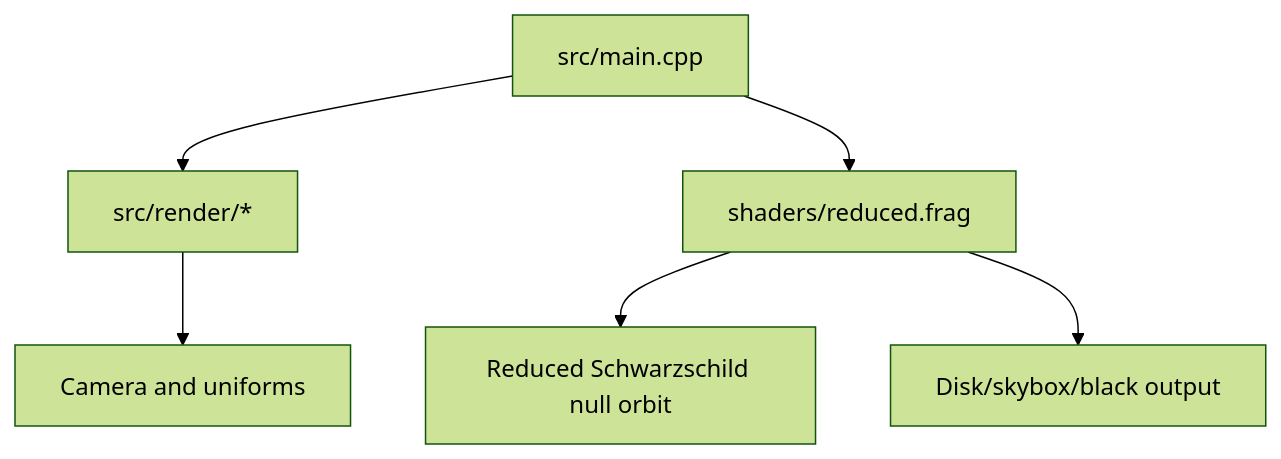
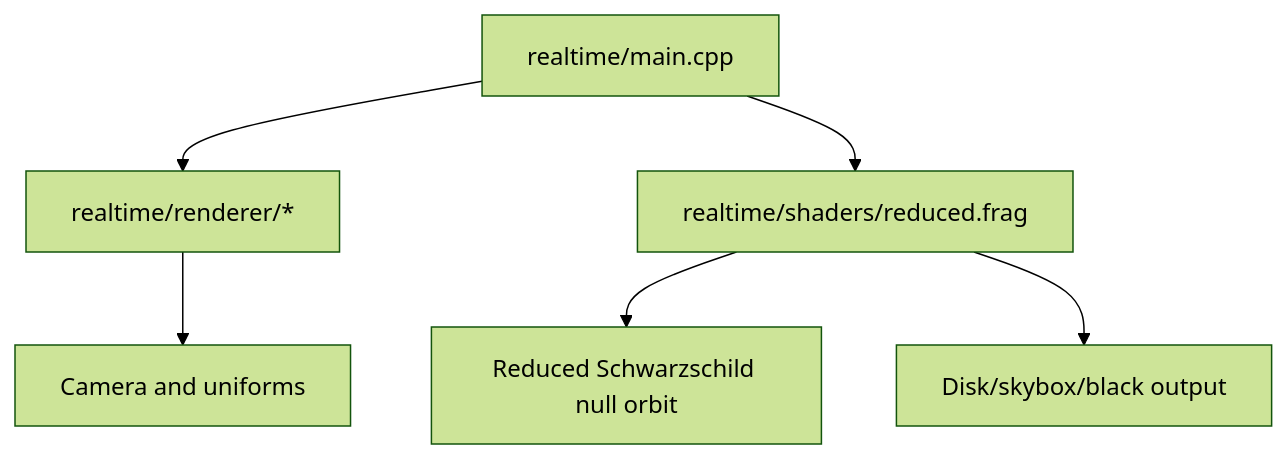
The third of 6 diagrams in docs/architecture/architecture_refactor.md (seds-celestia-simulations/Penrose), drawn with Mermaid (forest theme) before and after one commit. The commit also changed other lines of this file and 65 other files, not shown here.

````diff
--- a/docs/architecture/architecture_refactor.md
+++ b/docs/architecture/architecture_refactor.md
@@ -120,8 +132,8 @@
 ```mermaid
 flowchart TD
-    Main[src/main.cpp] --> Render[src/render/*]
-    Main --> Shader[shaders/reduced.frag]
+    Main[realtime/main.cpp] --> Render[realtime/renderer/*]
+    Main --> Shader[realtime/shaders/reduced.frag]
     Render --> Uniforms[Camera and uniforms]
     Shader --> ReducedPhysics[Reduced Schwarzschild null orbit]
     Shader --> Color[Disk/skybox/black output]
 ```
````
